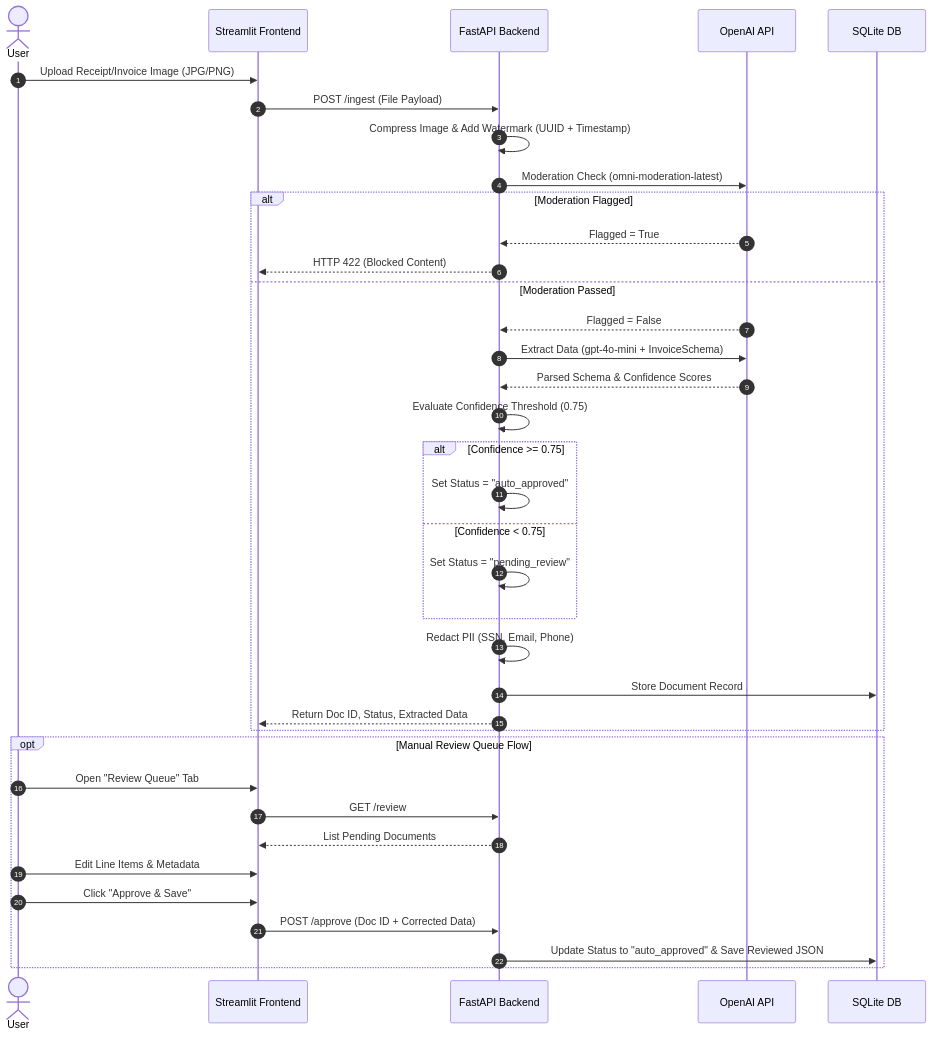
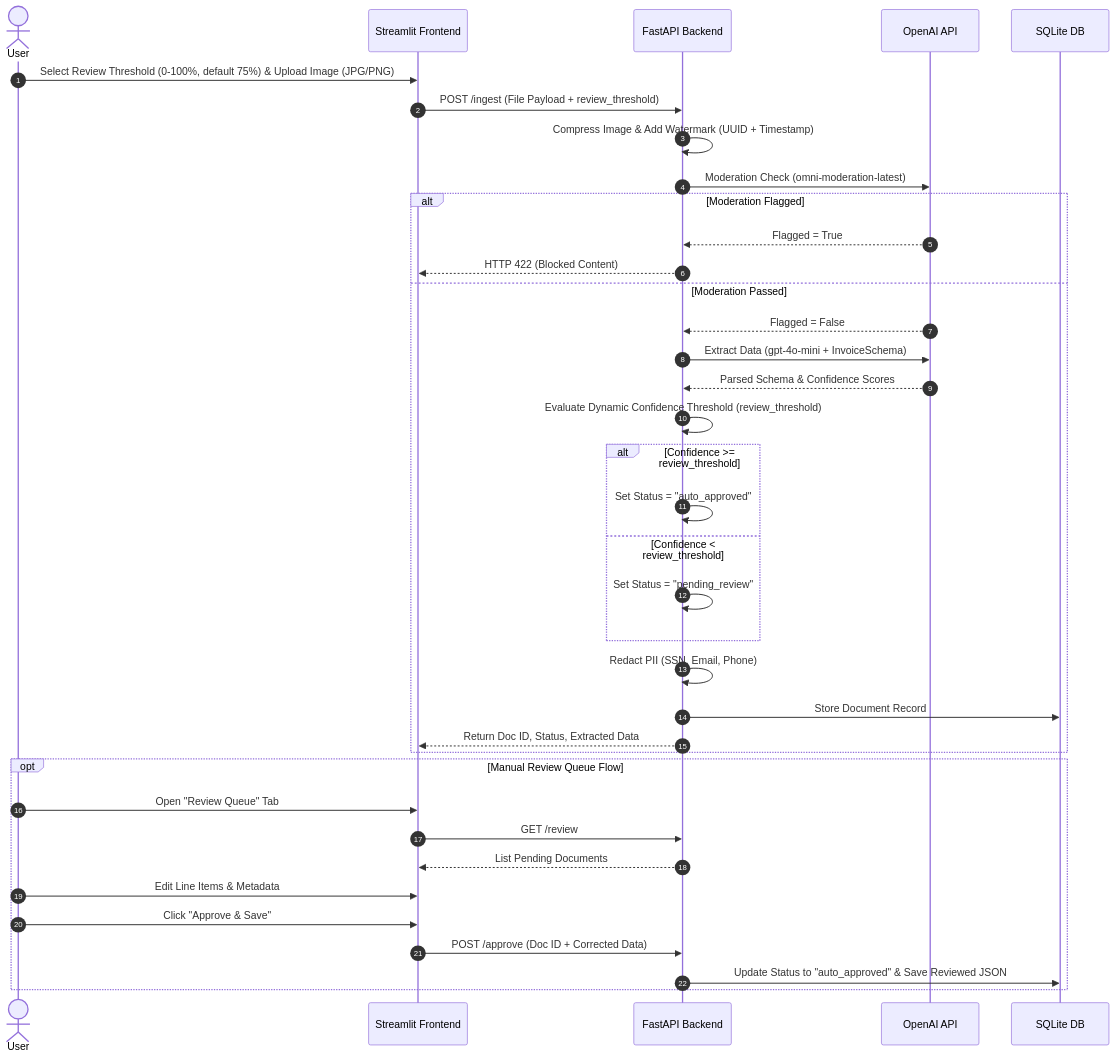
The second of 2 diagrams in README.md (sabin19/LedgerLens), drawn with Mermaid before and after one commit. The commit also changed other lines of this file, not shown here.

Commit message:
docs: update README with user-configurable REVIEW_THRESHOLD logic and sequence diagram

````diff
--- a/README.md
+++ b/README.md
@@ -147,44 +148,44 @@
 ```mermaid
 sequenceDiagram
     autonumber
     actor User
     participant UI as Streamlit Frontend
     participant API as FastAPI Backend
     participant AI as OpenAI API
     participant DB as SQLite DB
 
-    User->>UI: Upload Receipt/Invoice Image (JPG/PNG)
-    UI->>API: POST /ingest (File Payload)
+    User->>UI: Select Review Threshold (0-100%, default 75%) & Upload Image (JPG/PNG)
+    UI->>API: POST /ingest (File Payload + review_threshold)
     API->>API: Compress Image & Add Watermark (UUID + Timestamp)
     API->>AI: Moderation Check (omni-moderation-latest)
     
     alt Moderation Flagged
         AI-->>API: Flagged = True
         API-->>UI: HTTP 422 (Blocked Content)
     else Moderation Passed
         AI-->>API: Flagged = False
         API->>AI: Extract Data (gpt-4o-mini + InvoiceSchema)
         AI-->>API: Parsed Schema & Confidence Scores
-        API->>API: Evaluate Confidence Threshold (0.75)
+        API->>API: Evaluate Dynamic Confidence Threshold (review_threshold)
         
-        alt Confidence >= 0.75
+        alt Confidence >= review_threshold
             API->>API: Set Status = "auto_approved"
-        else Confidence < 0.75
+        else Confidence < review_threshold
             API->>API: Set Status = "pending_review"
         end
         
         API->>API: Redact PII (SSN, Email, Phone)
         API->>DB: Store Document Record
         API-->>UI: Return Doc ID, Status, Extracted Data
     end
 
     opt Manual Review Queue Flow
         User->>UI: Open "Review Queue" Tab
         UI->>API: GET /review
         API-->>UI: List Pending Documents
         User->>UI: Edit Line Items & Metadata
         User->>UI: Click "Approve & Save"
         UI->>API: POST /approve (Doc ID + Corrected Data)
         API->>DB: Update Status to "auto_approved" & Save Reviewed JSON
     end
 ```
````
